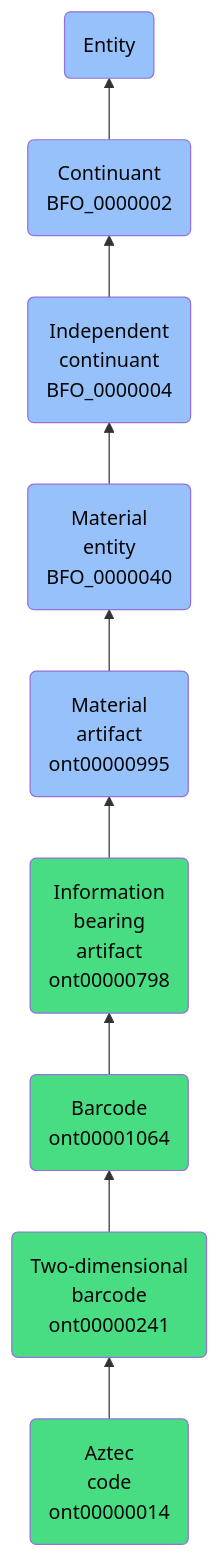
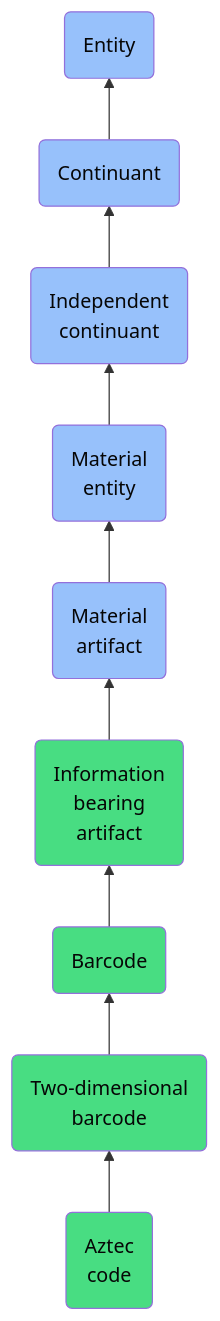
One commit to jupyter-naas/abi changed the diagram in docs/ontology/reference/model/Entity/Continuant/Independent continuant/Material entity/Material artifact/Information bearing artifact/Barcode/Two-dimensional barcode/Aztec code/Aztec code.md. Above: the diagram before and after it, drawn with Mermaid. The commit also changed other lines of this file and 1430 other files, not shown here.

````diff
--- a/docs/ontology/reference/model/Entity/Continuant/Independent continuant/Material entity/Material artifact/Information bearing artifact/Barcode/Two-dimensional barcode/Aztec code/Aztec code.md
+++ b/docs/ontology/reference/model/Entity/Continuant/Independent continuant/Material entity/Material artifact/Information bearing artifact/Barcode/Two-dimensional barcode/Aztec code/Aztec code.md
@@ -24,16 +24,16 @@
 ```mermaid
 graph BT
-    ont00000014(Aztec<br>code<br>ont00000014):::ABI-->ont00000241
-    ont00000241(Two-dimensional<br>barcode<br>ont00000241):::ABI-->ont00001064
-    ont00001064(Barcode<br>ont00001064):::ABI-->ont00000798
-    ont00000798(Information<br>bearing<br>artifact<br>ont00000798):::ABI-->ont00000995
-    ont00000995(Material<br>artifact<br>ont00000995):::BFO-->BFO_0000040
-    BFO_0000040(Material<br>entity<br>BFO_0000040):::BFO-->BFO_0000004
-    BFO_0000004(Independent<br>continuant<br>BFO_0000004):::BFO-->BFO_0000002
-    BFO_0000002(Continuant<br>BFO_0000002):::BFO-->BFO_0000001
+    ont00000014(Aztec<br>code):::ABI-->ont00000241
+    ont00000241(Two-dimensional<br>barcode):::ABI-->ont00001064
+    ont00001064(Barcode):::ABI-->ont00000798
+    ont00000798(Information<br>bearing<br>artifact):::ABI-->ont00000995
+    ont00000995(Material<br>artifact):::BFO-->BFO_0000040
+    BFO_0000040(Material<br>entity):::BFO-->BFO_0000004
+    BFO_0000004(Independent<br>continuant):::BFO-->BFO_0000002
+    BFO_0000002(Continuant):::BFO-->BFO_0000001
     BFO_0000001(Entity):::BFO
     
     classDef BFO fill:#97c1fb,color:#060606
     classDef CCO fill:#e4c51e,color:#060606
     classDef ABI fill:#48DD82,color:#060606
 ```
````
